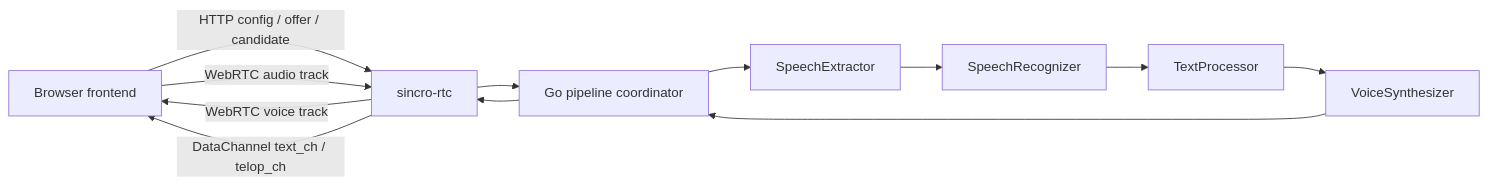
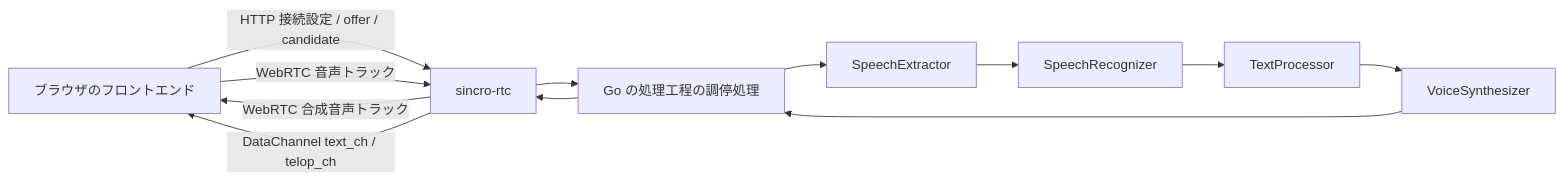
Before and after one commit to Sincromisor/Sincromisor: the diagram in documents/design/architecture/overview.md, drawn with Mermaid. The commit also changed other lines of this file and 94 other files, not shown here.

````diff
--- a/documents/design/architecture/overview.md
+++ b/documents/design/architecture/overview.md
@@ -31,14 +31,14 @@
 ```mermaid
 flowchart LR
-    Browser["Browser frontend"] -->|HTTP config / offer / candidate| RTC["sincro-rtc"]
-    Browser -->|WebRTC audio track| RTC
-    RTC --> Broker["Go pipeline coordinator"]
+    Browser["ブラウザのフロントエンド"] -->|HTTP 接続設定 / offer / candidate| RTC["sincro-rtc"]
+    Browser -->|WebRTC 音声トラック| RTC
+    RTC --> Broker["Go の処理工程の調停処理"]
     Broker --> Extractor["SpeechExtractor"]
     Extractor --> Recognizer["SpeechRecognizer"]
     Recognizer --> TextProcessor["TextProcessor"]
     TextProcessor --> Synthesizer["VoiceSynthesizer"]
     Synthesizer --> Broker
     Broker --> RTC
-    RTC -->|WebRTC voice track| Browser
+    RTC -->|WebRTC 合成音声トラック| Browser
     RTC -->|DataChannel text_ch / telop_ch| Browser
 ```
````
